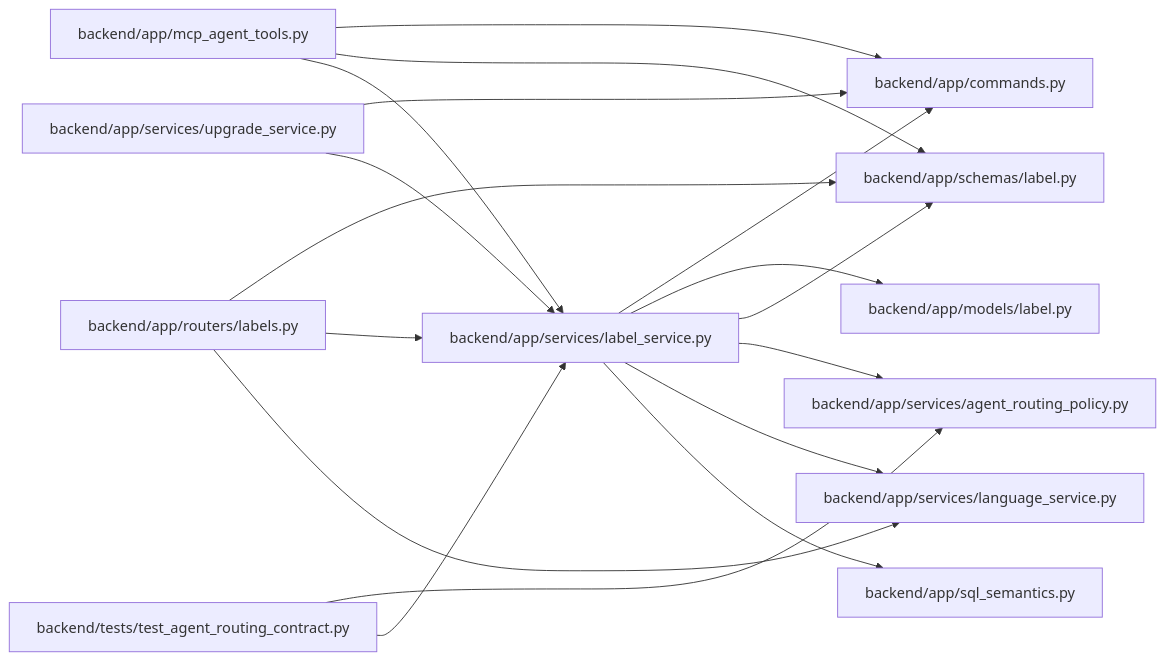
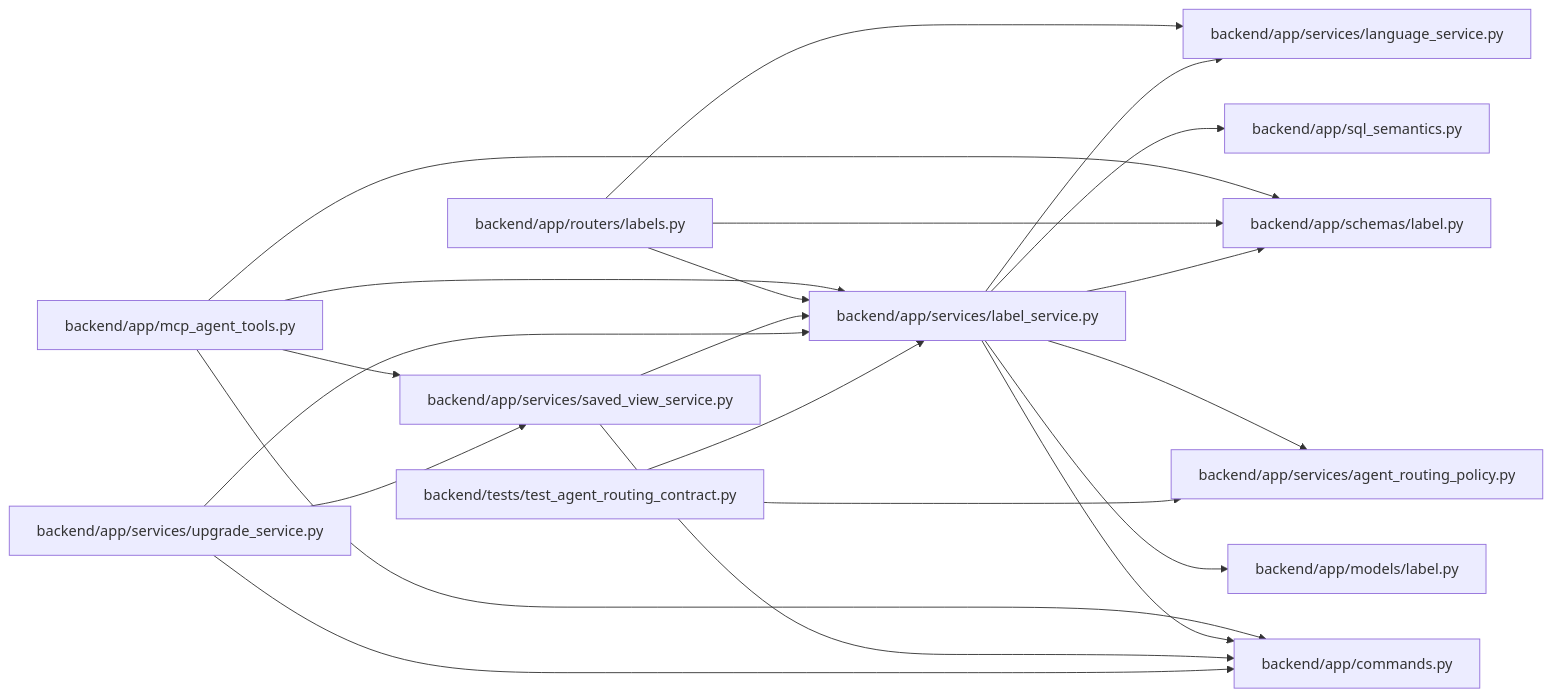
The diagram in docs/llm_wiki/modules/label_service.md (Denissvgn/WorkChord), drawn with Mermaid before and after one commit. The commit also changed other lines of this file and 25171 other files, not shown here.

````diff
--- a/docs/llm_wiki/modules/label_service.md
+++ b/docs/llm_wiki/modules/label_service.md
@@ -28,41 +28,47 @@
 ```mermaid
 flowchart LR
     n0["backend/app/commands.py"]
     n1["backend/app/mcp_agent_tools.py"]
     n2["backend/app/models/label.py"]
     n3["backend/app/routers/labels.py"]
     n4["backend/app/schemas/label.py"]
     n5["backend/app/services/agent_routing_policy.py"]
     n6["backend/app/services/label_service.py"]
     n7["backend/app/services/language_service.py"]
-    n8["backend/app/services/upgrade_service.py"]
-    n9["backend/app/sql_semantics.py"]
-    n10["backend/tests/test_agent_routing_contract.py"]
+    n8["backend/app/services/saved_view_service.py"]
+    n9["backend/app/services/upgrade_service.py"]
+    n10["backend/app/sql_semantics.py"]
+    n11["backend/tests/test_agent_routing_contract.py"]
     n1 --> n0
     n1 --> n4
     n1 --> n6
+    n1 --> n8
     n3 --> n4
     n3 --> n6
     n3 --> n7
     n6 --> n0
     n6 --> n2
     n6 --> n4
     n6 --> n5
     n6 --> n7
-    n6 --> n9
+    n6 --> n10
     n8 --> n0
     n8 --> n6
-    n10 --> n5
-    n10 --> n6
+    n9 --> n0
+    n9 --> n6
+    n9 --> n8
+    n11 --> n5
+    n11 --> n6
     click n0 "../modules/commands.md"
     click n1 "../modules/mcp_agent_tools.md"
     click n2 "../modules/models_label.md"
     click n3 "../modules/labels.md"
     click n4 "../modules/schemas_label.md"
     click n5 "../modules/agent_routing_policy.md"
     click n6 "../modules/label_service.md"
     click n7 "../modules/language_service.md"
-    click n8 "../modules/upgrade_service.md"
-    click n9 "../modules/sql_semantics.md"
-    click n10 "../modules/test_agent_routing_contract.md"
+    click n8 "../modules/saved_view_service.md"
+    click n9 "../modules/upgrade_service.md"
+    click n10 "../modules/sql_semantics.md"
+    click n11 "../modules/test_agent_routing_contract.md"
 ```
````
